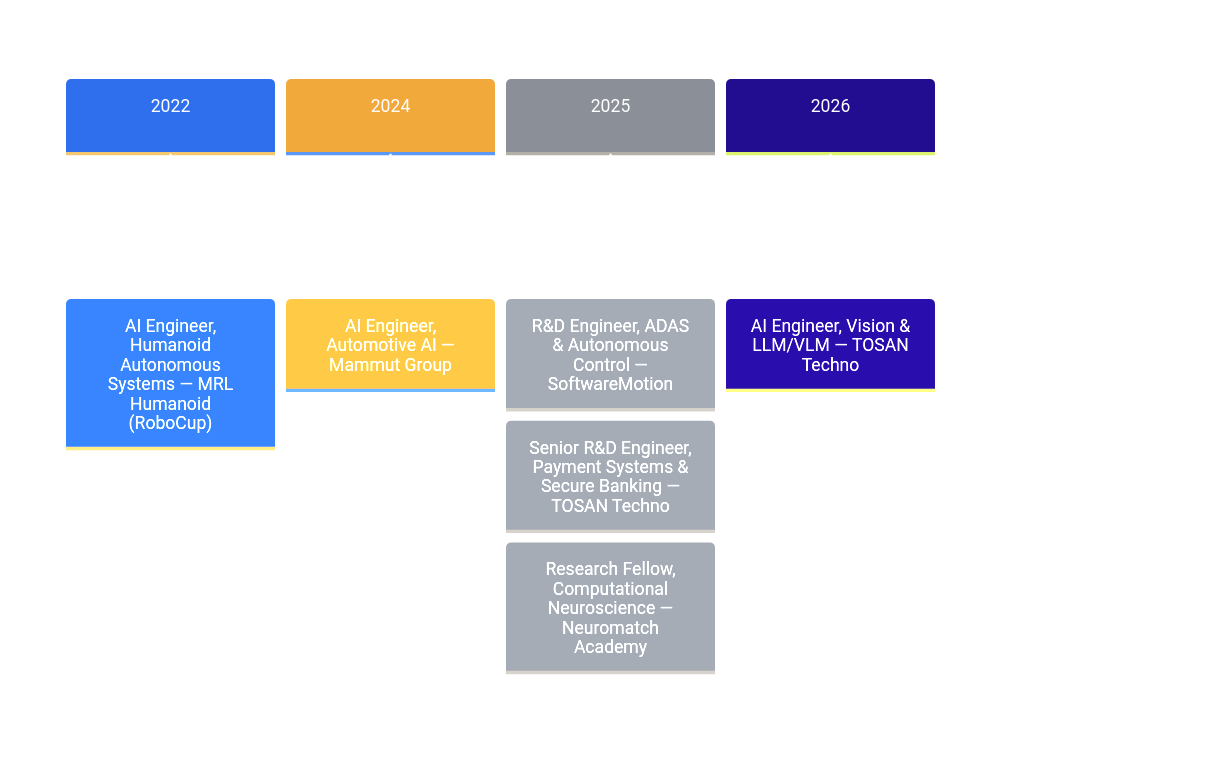
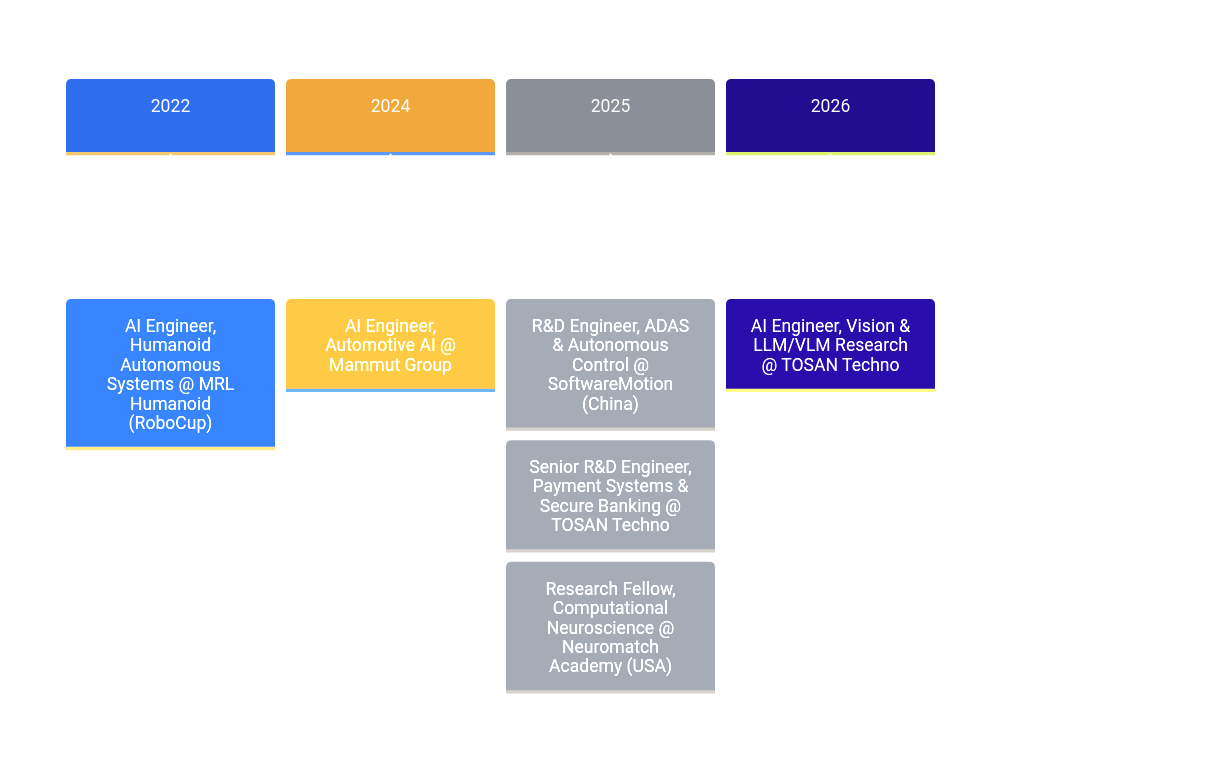
The first of 3 diagrams in README.md (Awrsha/Awrsha), drawn with Mermaid before and after one commit. The commit also changed other lines of this file, not shown here.

````diff
--- a/README.md
+++ b/README.md
@@ -92,11 +91,11 @@
 ```mermaid
 %%{init: {'theme': 'base', 'themeVariables': {'primaryColor': '#2F6FED', 'primaryTextColor': '#FFFFFF', 'primaryBorderColor': '#F2A93B', 'lineColor': '#8A8F98', 'secondaryColor': '#0B0B0F', 'tertiaryColor': '#FFFFFF', 'background': '#0B0B0F', 'cScale0': '#2F6FED', 'cScale1': '#F2A93B', 'cScale2': '#8A8F98'}}}%%
 timeline
-    title Career Journey
-    2022 : AI Engineer, Humanoid Autonomous Systems — MRL Humanoid (RoboCup)
-    2024 : AI Engineer, Automotive AI — Mammut Group
-    2025 : R&D Engineer, ADAS & Autonomous Control — SoftwareMotion
-         : Senior R&D Engineer, Payment Systems & Secure Banking — TOSAN Techno
-         : Research Fellow, Computational Neuroscience — Neuromatch Academy
-    2026 : AI Engineer, Vision & LLM/VLM — TOSAN Techno
+    title Career Journey & Milestones
+    2022 : AI Engineer, Humanoid Autonomous Systems @ MRL Humanoid (RoboCup)
+    2024 : AI Engineer, Automotive AI @ Mammut Group
+    2025 : R&D Engineer, ADAS & Autonomous Control @ SoftwareMotion (China)
+         : Senior R&D Engineer, Payment Systems & Secure Banking @ TOSAN Techno
+         : Research Fellow, Computational Neuroscience @ Neuromatch Academy (USA)
+    2026 : AI Engineer, Vision & LLM/VLM Research @ TOSAN Techno
 ```
````
